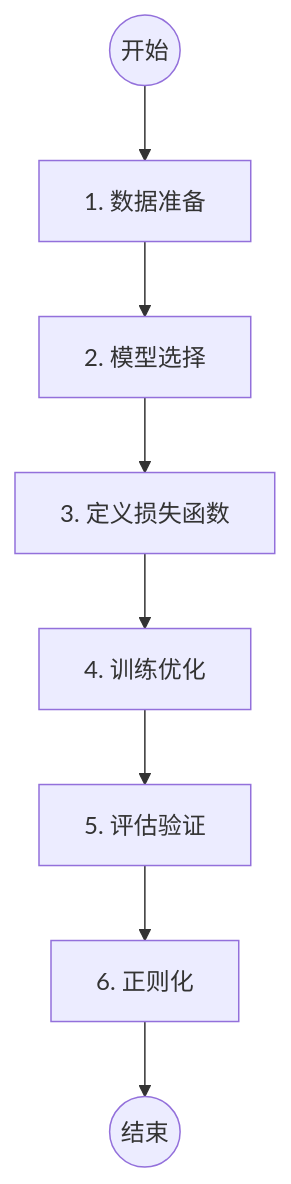
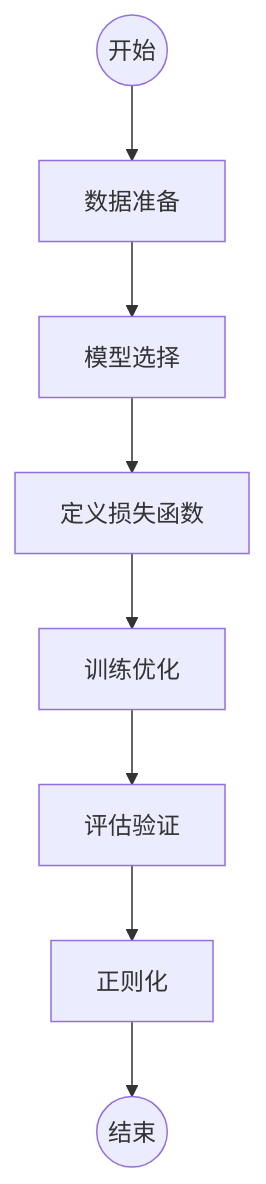
Before and after one commit to viryoke/knowledge-base: the diagram in content/concepts/classification.md, drawn with Mermaid.

Commit message:
fix: 移除Mermaid节点编号前缀避免列表解析冲突

````diff
--- a/content/concepts/classification.md
+++ b/content/concepts/classification.md
@@ -111,10 +111,10 @@
 ```mermaid
 graph TD
-    Start(("开始")) --> step1["1. 数据准备"]
-    step1 --> step2["2. 模型选择"]
-    step2 --> step3["3. 定义损失函数"]
-    step3 --> step4["4. 训练优化"]
-    step4 --> step5["5. 评估验证"]
-    step5 --> step6["6. 正则化"]
+    Start(("开始")) --> step1["数据准备"]
+    step1 --> step2["模型选择"]
+    step2 --> step3["定义损失函数"]
+    step3 --> step4["训练优化"]
+    step4 --> step5["评估验证"]
+    step5 --> step6["正则化"]
     step6 --> End(("结束"))
 ```
````
